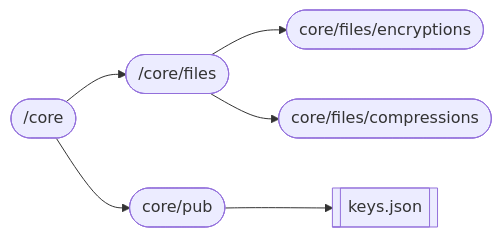
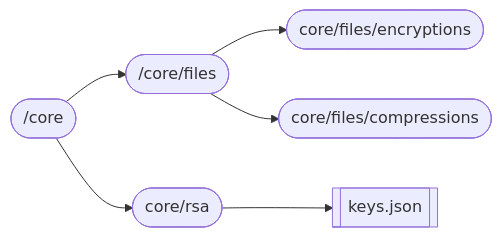
The diagram in design/Design.MD (Ashwin-Dara/Nimbus-API), drawn with Mermaid before and after one commit. The commit also changed 90 other files, not shown here.

````diff
--- a/design/Design.MD
+++ b/design/Design.MD
@@ -51,11 +51,11 @@
 ```mermaid 
 flowchart LR; 
 encs([core/files/encryptions])
 compress([core/files/compressions])
 core([/core]) --> files([/core/files])
-pub([core/pub])
+pub([core/rsa])
 core --> pub
 files --> encs 
 files --> compress
 pub --> keys[[keys.json]]
 ```
````
